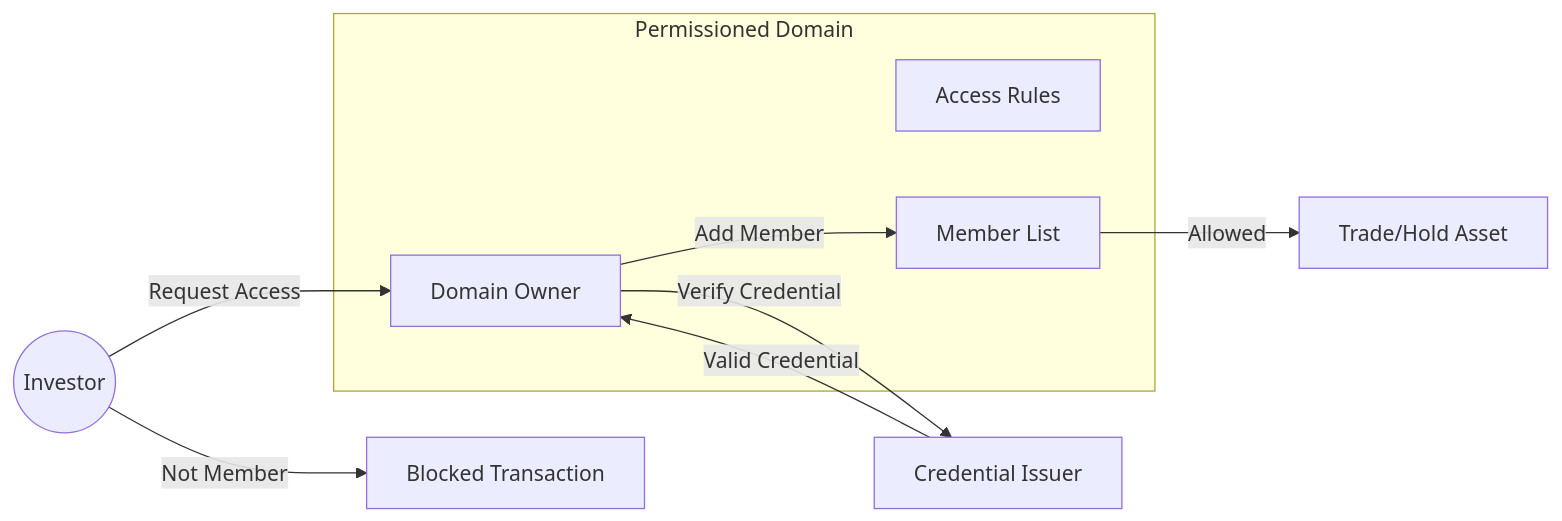
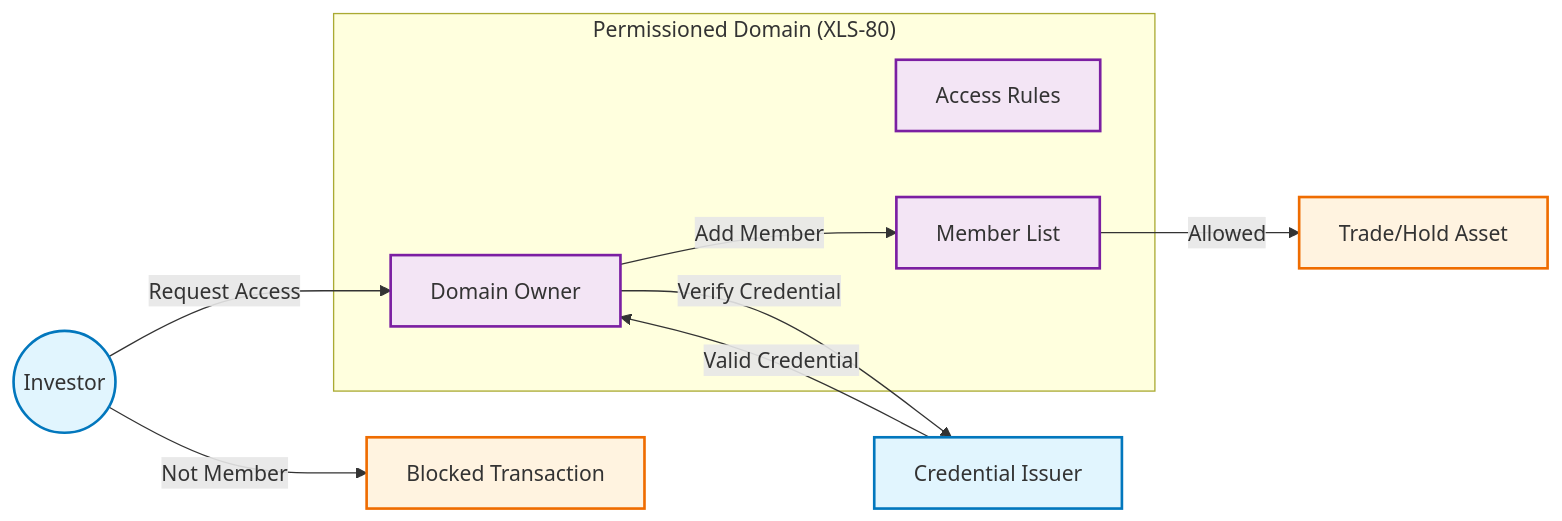
Before and after one commit to MrDecryptDecipher/xrpl-institutional-fund-management: the eighth of 17 diagrams in README.md, drawn with Mermaid. The commit also changed other lines of this file, not shown here.

Commit message:
docs: enhance mermaid diagrams with color and detail

````diff
--- a/README.md
+++ b/README.md
@@ -246,16 +371,21 @@
 ```mermaid
 graph LR
-    subgraph "Permissioned Domain"
-        Owner[Domain Owner]
-        Rules[Access Rules]
-        Members[Member List]
+    %% Styles
+    classDef domain fill:#f3e5f5,stroke:#7b1fa2,stroke-width:2px;
+    classDef actor fill:#e1f5fe,stroke:#0277bd,stroke-width:2px;
+    classDef action fill:#fff3e0,stroke:#ef6c00,stroke-width:2px;
+
+    subgraph "Permissioned Domain (XLS-80)"
+        Owner[Domain Owner]:::domain
+        Rules[Access Rules]:::domain
+        Members[Member List]:::domain
     end
 
-    Investor((Investor)) -->|Request Access| Owner
-    Owner -->|Verify Credential| Issuer[Credential Issuer]
+    Investor((Investor)):::actor -->|Request Access| Owner
+    Owner -->|Verify Credential| Issuer[Credential Issuer]:::actor
     Issuer -->|Valid Credential| Owner
     Owner -->|Add Member| Members
     
-    Members -->|Allowed| Trade[Trade/Hold Asset]
-    Investor -->|Not Member| Block[Blocked Transaction]
+    Members -->|Allowed| Trade[Trade/Hold Asset]:::action
+    Investor -->|Not Member| Block[Blocked Transaction]:::action
 ```
````
